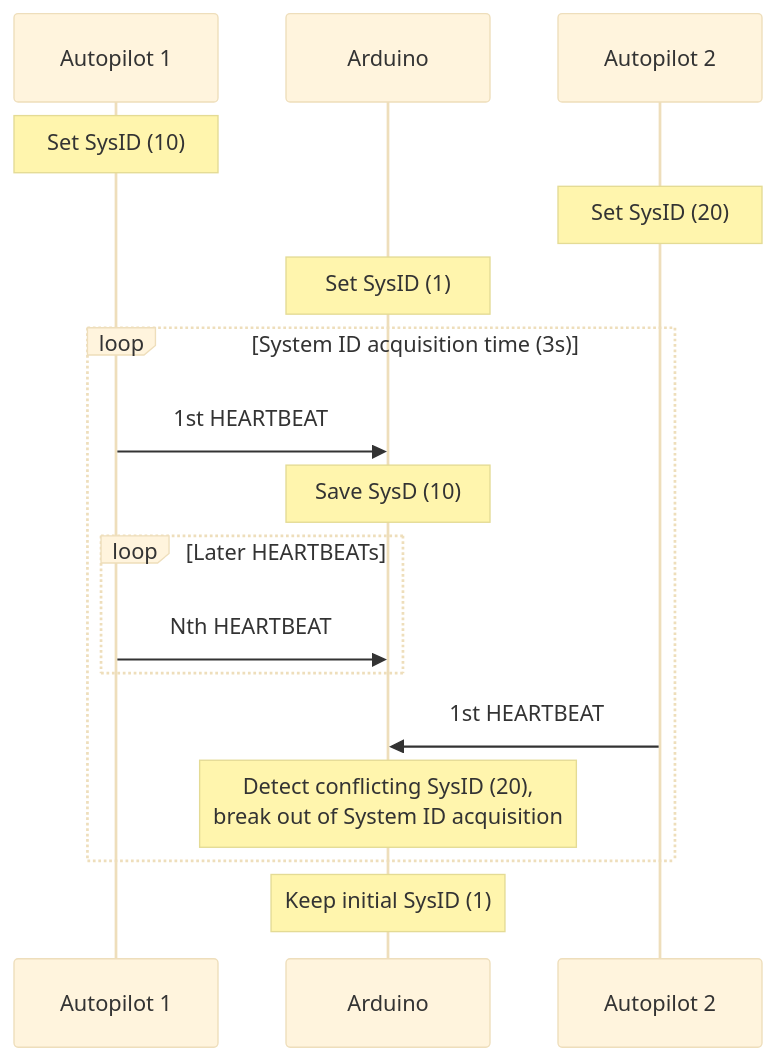
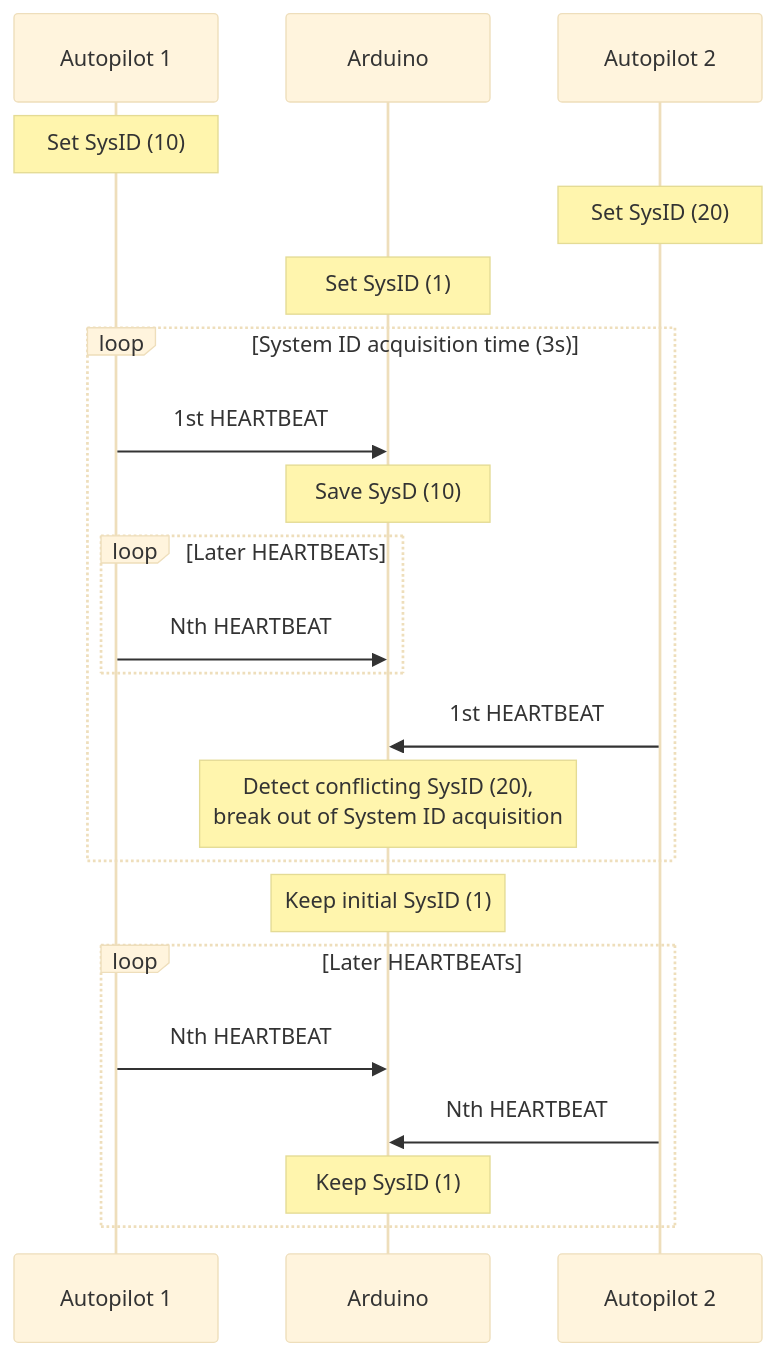
Before and after one commit to LEGIONBOSS/mavlink-arduino: the second of 2 diagrams in examples/SystemIDProtocol/README.md, drawn with Mermaid (base theme). The commit also changed other lines of this file, not shown here.

````diff
--- a/examples/SystemIDProtocol/README.md
+++ b/examples/SystemIDProtocol/README.md
@@ -26,20 +30,25 @@
 ```mermaid
 sequenceDiagram
     participant AP1 as Autopilot 1
     participant AR as Arduino
     participant AP2 as Autopilot 2
 
     note over AP1: Set SysID (10)
     note over AP2: Set SysID (20)
     note over AR: Set SysID (1)
     loop System ID acquisition time (3s)
         AP1 ->> AR: 1st HEARTBEAT
         note over AR: Save SysD (10)
         loop Later HEARTBEATs
             AP1 ->> AR: Nth HEARTBEAT
         end
         AP2 ->> AR: 1st HEARTBEAT
         note over AR: Detect conflicting SysID (20),<br>break out of System ID acquisition
     end
     note over AR: Keep initial SysID (1)
+    loop Later HEARTBEATs
+        AP1 ->> AR: Nth HEARTBEAT
+        AP2 ->> AR: Nth HEARTBEAT
+        note over AR: Keep SysID (1)
+    end
 ```
````
